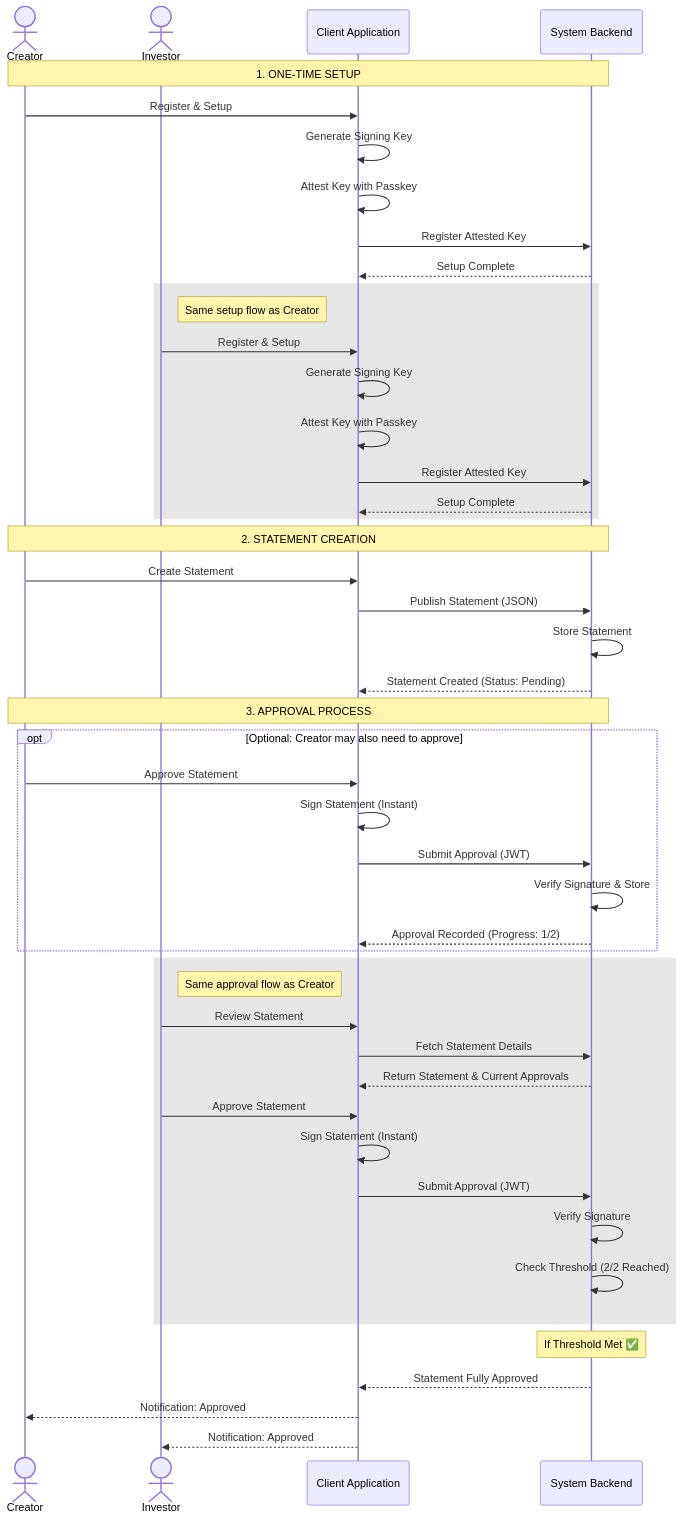
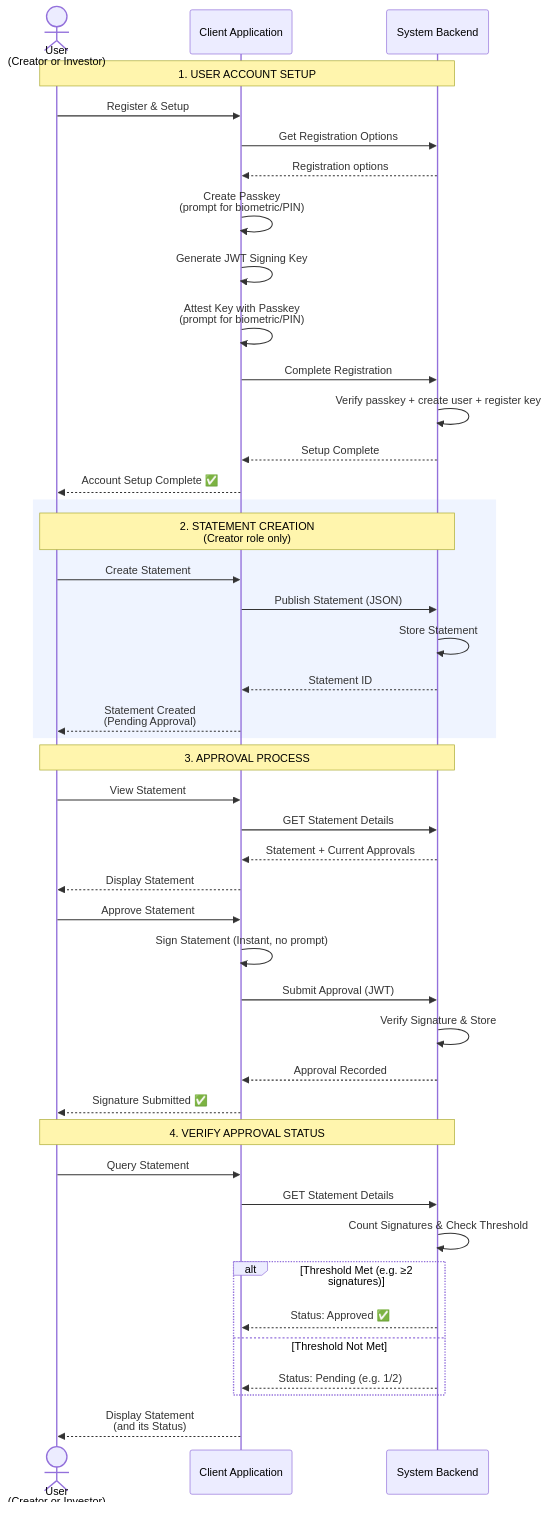
Before and after one commit to nucypher/passkeys-jwt-poc: the diagram in docs/SEQUENCE-DIAGRAM-HIGH-LEVEL.md, drawn with Mermaid. The commit also changed other lines of this file and 18 other files, not shown here.

Commit message:
feat: Streamline user registration and JWT key attestation into a single API endpoint and update JWT verification and other documentation.

````diff
--- a/docs/SEQUENCE-DIAGRAM-HIGH-LEVEL.md
+++ b/docs/SEQUENCE-DIAGRAM-HIGH-LEVEL.md
@@ -5,63 +5,55 @@
 ```mermaid
 sequenceDiagram
-    actor Creator
-    actor Investor
+    actor User as User<br/>(Creator or Investor)
     participant Client as Client Application
     participant Backend as System Backend
 
     %% 1. SETUP PHASE
-    Note over Creator,Backend: 1. ONE-TIME SETUP
-    Creator->>Client: Register & Setup
-    Client->>Client: Generate Signing Key
-    Client->>Client: Attest Key with Passkey
-    Client->>Backend: Register Attested Key
+    Note over User,Backend: 1. USER ACCOUNT SETUP
+    User->>Client: Register & Setup
+    Client->>Backend: Get Registration Options
+    Backend-->>Client: Registration options
+    Client->>Client: Create Passkey<br/>(prompt for biometric/PIN)
+    Client->>Client: Generate JWT Signing Key
+    Client->>Client: Attest Key with Passkey<br/>(prompt for biometric/PIN)
+    Client->>Backend: Complete Registration
+    Backend->>Backend: Verify passkey + create user + register key
     Backend-->>Client: Setup Complete
+    Client-->>User: Account Setup Complete ✅
 
-    rect rgba(128, 128, 128, 0.2)
-    Note right of Investor: Same setup flow as Creator
-    Investor->>Client: Register & Setup
-    Client->>Client: Generate Signing Key
-    Client->>Client: Attest Key with Passkey
-    Client->>Backend: Register Attested Key
-    Backend-->>Client: Setup Complete
+    %% 2. CREATION PHASE (Creator only)
+    rect rgba(100, 150, 255, 0.1)
+    Note over User,Backend: 2. STATEMENT CREATION<br/>(Creator role only)
+    User->>Client: Create Statement
+    Client->>Backend: Publish Statement (JSON)
+    Backend->>Backend: Store Statement
+    Backend-->>Client: Statement ID
+    Client-->>User: Statement Created<br/>(Pending Approval)
     end
 
-    %% 2. CREATION PHASE
-    Note over Creator,Backend: 2. STATEMENT CREATION
-    Creator->>Client: Create Statement
-    Client->>Backend: Publish Statement (JSON)
-    Backend->>Backend: Store Statement
-    Backend-->>Client: Statement Created (Status: Pending)
+    %% 3. APPROVAL PHASE
+    Note over User,Backend: 3. APPROVAL PROCESS
+    User->>Client: View Statement
+    Client->>Backend: GET Statement Details
+    Backend-->>Client: Statement + Current Approvals
+    Client-->>User: Display Statement
 
-    %% 3. APPROVAL PHASE
-    Note over Creator,Backend: 3. APPROVAL PROCESS
-
-    %% Creator Approval
-    opt Optional: Creator may also need to approve
-    Creator->>Client: Approve Statement
-    Client->>Client: Sign Statement (Instant)
+    User->>Client: Approve Statement
+    Client->>Client: Sign Statement (Instant, no prompt)
     Client->>Backend: Submit Approval (JWT)
     Backend->>Backend: Verify Signature & Store
-    Backend-->>Client: Approval Recorded (Progress: 1/2)
+    Backend-->>Client: Approval Recorded
+    Client-->>User: Signature Submitted ✅
+
+    %% 4. STATUS CHECK
+    Note over User,Backend: 4. VERIFY APPROVAL STATUS
+    User->>Client: Query Statement
+    Client->>Backend: GET Statement Details
+    Backend->>Backend: Count Signatures & Check Threshold
+    alt Threshold Met (e.g. ≥2 signatures)
+        Backend-->>Client: Status: Approved ✅
+    else Threshold Not Met
+        Backend-->>Client: Status: Pending (e.g. 1/2)
     end
-
-    %% Investor Approval
-    rect rgba(128, 128, 128, 0.2)
-    Note right of Investor: Same approval flow as Creator
-    Investor->>Client: Review Statement
-    Client->>Backend: Fetch Statement Details
-    Backend-->>Client: Return Statement & Current Approvals
-
-    Investor->>Client: Approve Statement
-    Client->>Client: Sign Statement (Instant)
-    Client->>Backend: Submit Approval (JWT)
-    Backend->>Backend: Verify Signature
-    Backend->>Backend: Check Threshold (2/2 Reached)
-    end
-
-    %% 4. COMPLETION
-    Note over Backend: If Threshold Met ✅
-    Backend-->>Client: Statement Fully Approved
-    Client-->>Creator: Notification: Approved
-    Client-->>Investor: Notification: Approved
+    Client-->>User: Display Statement<br/>(and its Status)
 ```
````
